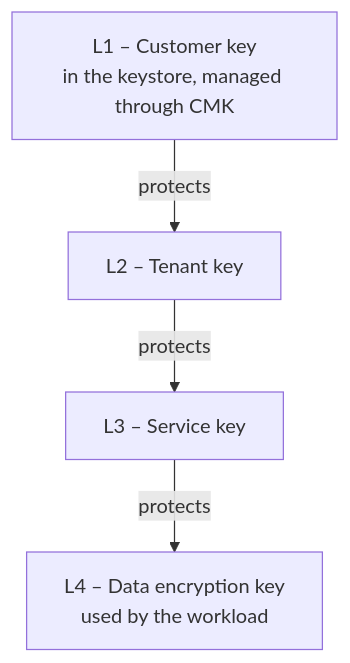
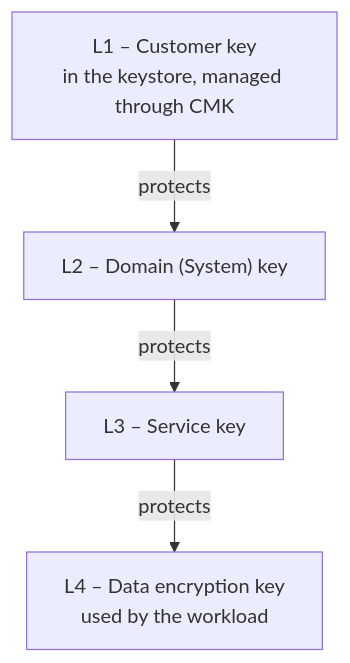
The second of 2 diagrams in docs/overview/core-concept.md (openkcm/openkcm.github.io), drawn with Mermaid before and after one commit. The commit also changed 17 other files, not shown here.

Commit message:
fix: improve the krypton and the architecture reference documentation

````diff
--- a/docs/overview/core-concept.md
+++ b/docs/overview/core-concept.md
@@ -58,10 +58,10 @@
 ```mermaid
 flowchart TB
     L1["L1 – Customer key<br/>in the keystore, managed through CMK"]
-    L2["L2 – Tenant key"]
+    L2["L2 – Domain (System) key"]
     L3["L3 – Service key"]
     L4["L4 – Data encryption key<br/>used by the workload"]
     L1 -- "protects" --> L2
     L2 -- "protects" --> L3
     L3 -- "protects" --> L4
 ```
````
